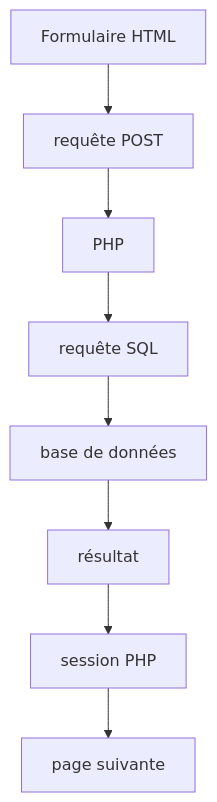
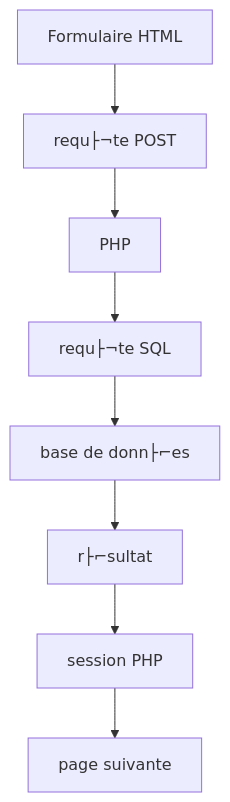
One commit to SP-MMIBdx/M2-weux-projet-dev-ux changed the seventh of 8 diagrams in docs/plan_dev.md. Above: the diagram before and after it, drawn with Mermaid. The commit also changed other lines of this file and 2 other files, not shown here.

````diff
--- a/docs/plan_dev.md
+++ b/docs/plan_dev.md
@@ -763,18 +587,18 @@
 ```mermaid
 flowchart TD
     N0["Formulaire HTML"]
-    N1["requête POST"]
+    N1["requ├¬te POST"]
     N2["PHP"]
-    N3["requête SQL"]
-    N4["base de données"]
-    N5["résultat"]
+    N3["requ├¬te SQL"]
+    N4["base de donn├⌐es"]
+    N5["r├⌐sultat"]
     N6["session PHP"]
     N7["page suivante"]
     N0 --> N1
     N1 --> N2
     N2 --> N3
     N3 --> N4
     N4 --> N5
     N5 --> N6
     N6 --> N7
 ```
````
